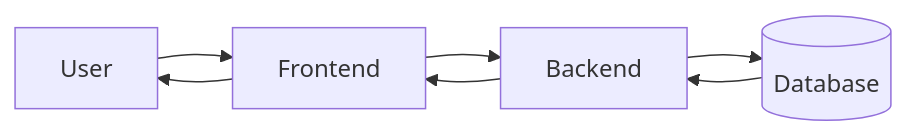
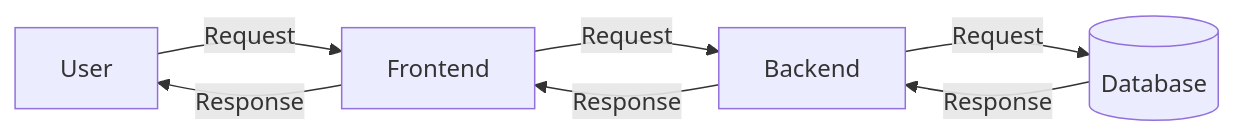
Before and after one commit to software-development-project-1/project-template: the first of 2 diagrams in README.md, drawn with Mermaid.

````diff
--- a/README.md
+++ b/README.md
@@ -58,9 +58,9 @@
   ```mermaid
 graph LR;
-    User --> Frontend;
-    Frontend --> Backend;
-    Backend --> id1[(Database)];
-    id1 --> Backend;
-    Backend --> Frontend;
-    Frontend --> User;
+    User -->|Request| Frontend;
+    Frontend -->|Request| Backend;
+    Backend -->|Request| id1[(Database)];
+    id1 -->|Response| Backend;
+    Backend -->|Response| Frontend;
+    Frontend -->|Response| User;
 ```
````
